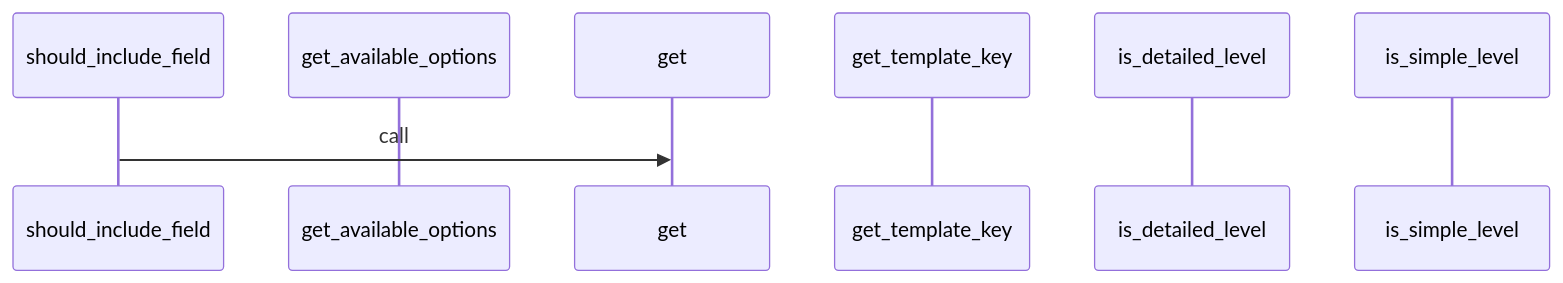
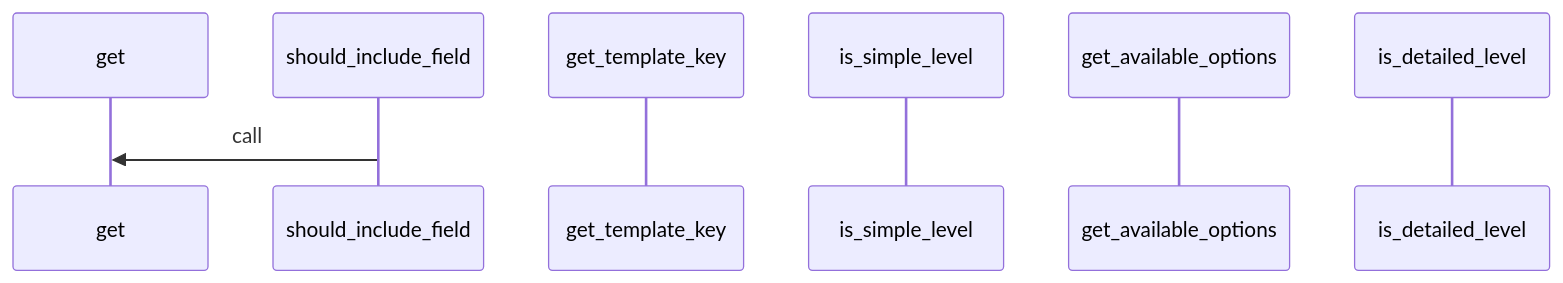
One commit to yeonjae-personal/codemuse-backend changed the third of 4 diagrams in generated_docs/rule_analyzer/formatters/options/formatting_options.md. Above: the diagram before and after it, drawn with Mermaid. The commit also changed other lines of this file and 3991 other files, not shown here.

First line of the commit message:
feat: 워크플로우 개선 및 핵심 문서 자동 생성 구현

````diff
--- a/generated_docs/rule_analyzer/formatters/options/formatting_options.md
+++ b/generated_docs/rule_analyzer/formatters/options/formatting_options.md
@@ -239,10 +239,10 @@
 ```mermaid
 sequenceDiagram
+  participant get as get
   participant should_include_field as should_include_field
+  participant get_template_key as get_template_key
+  participant is_simple_level as is_simple_level
   participant get_available_options as get_available_options
-  participant get as get
-  participant get_template_key as get_template_key
   participant is_detailed_level as is_detailed_level
-  participant is_simple_level as is_simple_level
   should_include_field->>get: call
 ```
````
